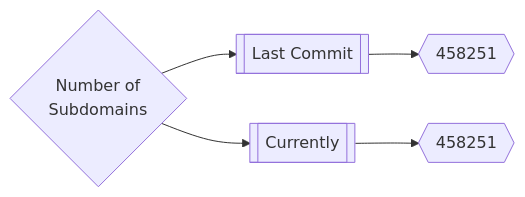
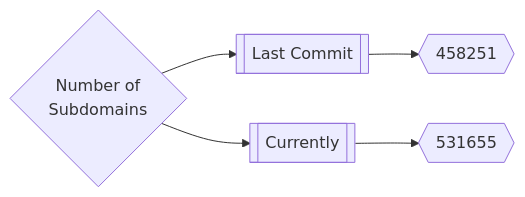
Before and after one commit to trickest/inventory: the first of 3 diagrams in README.md, drawn with Mermaid. The commit also changed other lines of this file and 99 other files, not shown here.

````diff
--- a/README.md
+++ b/README.md
@@ -165,5 +165,5 @@
 ```mermaid
 graph LR
 title{Number of<br>Subdomains} --> subdomainsDate1[[Last Commit]] --> subdomainsNum1{{458251}}
-title --> subdomainsDate2[[Currently]] --> subdomainsNum2{{458251}}
+title --> subdomainsDate2[[Currently]] --> subdomainsNum2{{531655}}
 ```
````
